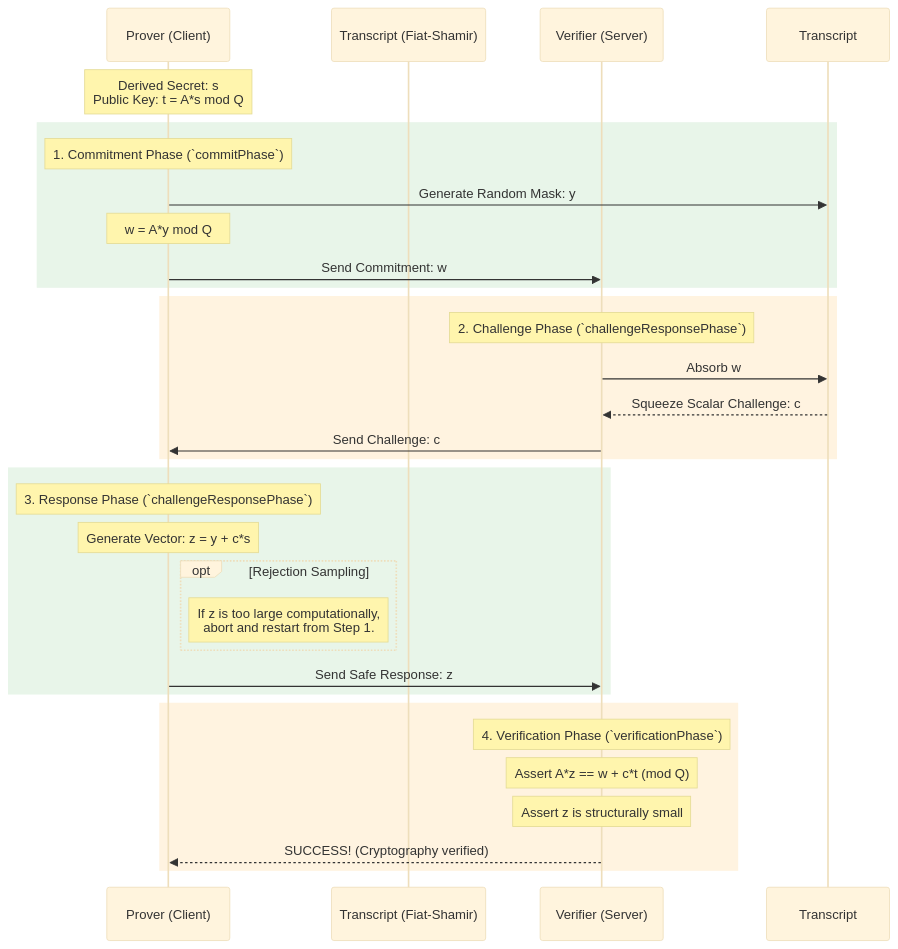
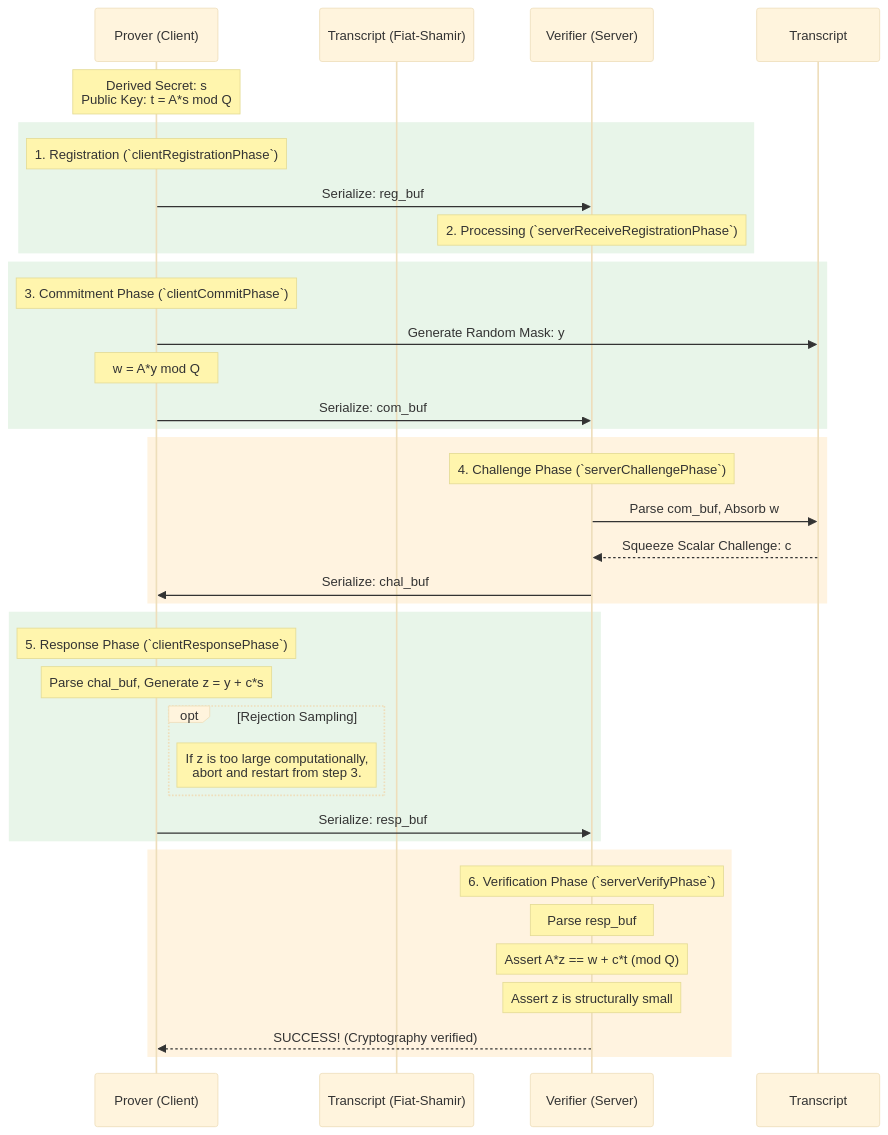
The diagram in zerkerus/README.md (neudinger/zmlify), drawn with Mermaid (base theme) before and after one commit. The commit also changed other lines of this file and 6 other files, not shown here.

````diff
--- a/zerkerus/README.md
+++ b/zerkerus/README.md
@@ -20,38 +20,45 @@
 ```mermaid
 sequenceDiagram
     participant Prover (Client)
     participant Transcript (Fiat-Shamir)
     participant Verifier (Server)
 
     Note over Prover (Client): Derived Secret: s<br/>Public Key: t = A*s mod Q
     
     rect rgb(232, 245, 233)
-        Note over Prover (Client): 1. Commitment Phase (`commitPhase`)
+        Note over Prover (Client): 1. Registration (`clientRegistrationPhase`)
+        Prover (Client)->>Verifier (Server): Serialize: reg_buf
+        Note over Verifier (Server): 2. Processing (`serverReceiveRegistrationPhase`)
+    end
+
+    rect rgb(232, 245, 233)
+        Note over Prover (Client): 3. Commitment Phase (`clientCommitPhase`)
         Prover (Client)->>Transcript: Generate Random Mask: y
         Note over Prover (Client): w = A*y mod Q
-        Prover (Client)->>Verifier (Server): Send Commitment: w
+        Prover (Client)->>Verifier (Server): Serialize: com_buf
     end
     
     rect rgb(255, 243, 224)
-        Note over Verifier (Server): 2. Challenge Phase (`challengeResponsePhase`)
-        Verifier (Server)->>Transcript: Absorb w
+        Note over Verifier (Server): 4. Challenge Phase (`serverChallengePhase`)
+        Verifier (Server)->>Transcript: Parse com_buf, Absorb w
         Transcript-->>Verifier (Server): Squeeze Scalar Challenge: c
-        Verifier (Server)->>Prover (Client): Send Challenge: c
+        Verifier (Server)->>Prover (Client): Serialize: chal_buf
     end
 
     rect rgb(232, 245, 233)
-        Note over Prover (Client): 3. Response Phase (`challengeResponsePhase`)
-        Note over Prover (Client): Generate Vector: z = y + c*s
+        Note over Prover (Client): 5. Response Phase (`clientResponsePhase`)
+        Note over Prover (Client): Parse chal_buf, Generate z = y + c*s
         opt Rejection Sampling
-            Note right of Prover (Client): If z is too large computationally,<br/>abort and restart from Step 1.
+            Note right of Prover (Client): If z is too large computationally,<br/>abort and restart from step 3.
         end
-        Prover (Client)->>Verifier (Server): Send Safe Response: z
+        Prover (Client)->>Verifier (Server): Serialize: resp_buf
     end
 
     rect rgb(255, 243, 224)
-        Note over Verifier (Server): 4. Verification Phase (`verificationPhase`)
+        Note over Verifier (Server): 6. Verification Phase (`serverVerifyPhase`)
+        Note over Verifier (Server): Parse resp_buf
         Note over Verifier (Server): Assert A*z == w + c*t (mod Q)
         Note over Verifier (Server): Assert z is structurally small
         Verifier (Server)-->>Prover (Client): SUCCESS! (Cryptography verified)
     end
 ```
````
